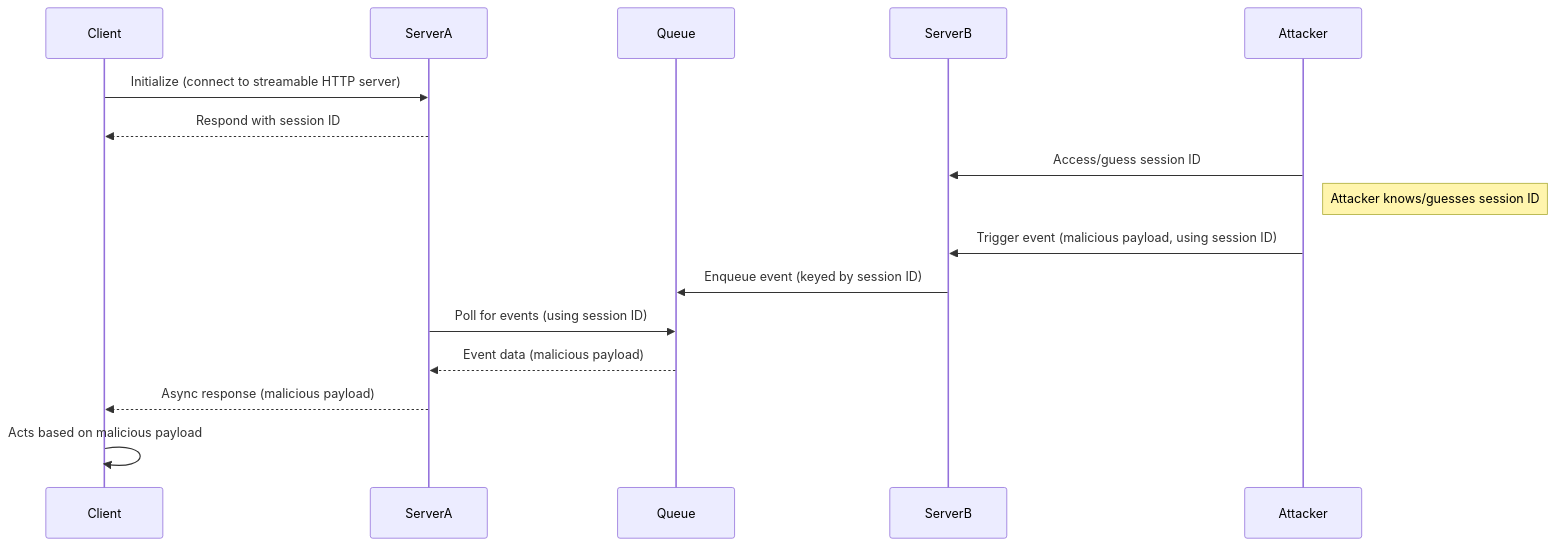
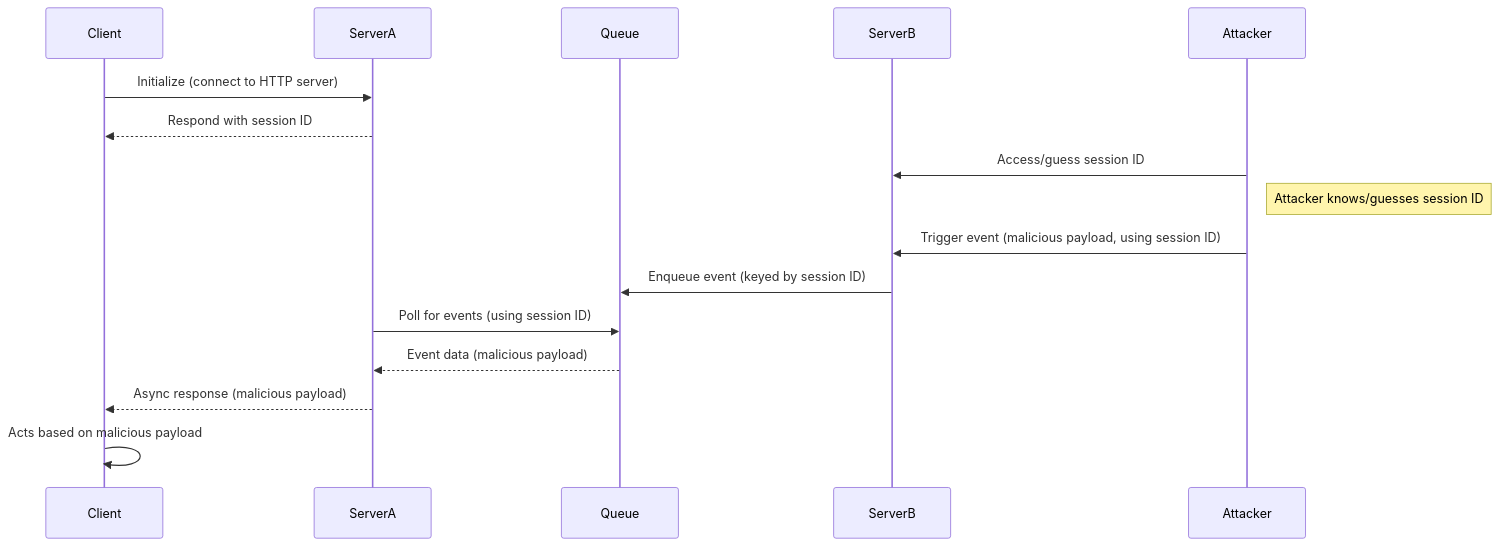
One commit to enclawed/omcp changed the fifth of 7 diagrams in docs/docs/2024-11-05/tutorials/security/security_best_practices.mdx. Above: the diagram before and after it, drawn with Mermaid. The commit also changed other lines of this file and 19 other files, not shown here.

````diff
--- a/docs/docs/2024-11-05/tutorials/security/security_best_practices.mdx
+++ b/docs/docs/2024-11-05/tutorials/security/security_best_practices.mdx
@@ -488,23 +488,23 @@
 ```mermaid
 sequenceDiagram
     participant Client
     participant ServerA
     participant Queue
     participant ServerB
     participant Attacker
 
-    Client->>ServerA: Initialize (connect to streamable HTTP server)
+    Client->>ServerA: Initialize (connect to HTTP server)
     ServerA-->>Client: Respond with session ID
 
     Attacker->>ServerB: Access/guess session ID
     Note right of Attacker: Attacker knows/guesses session ID
 
     Attacker->>ServerB: Trigger event (malicious payload, using session ID)
     ServerB->>Queue: Enqueue event (keyed by session ID)
 
     ServerA->>Queue: Poll for events (using session ID)
     Queue-->>ServerA: Event data (malicious payload)
 
     ServerA-->>Client: Async response (malicious payload)
     Client->>Client: Acts based on malicious payload
 ```
````
